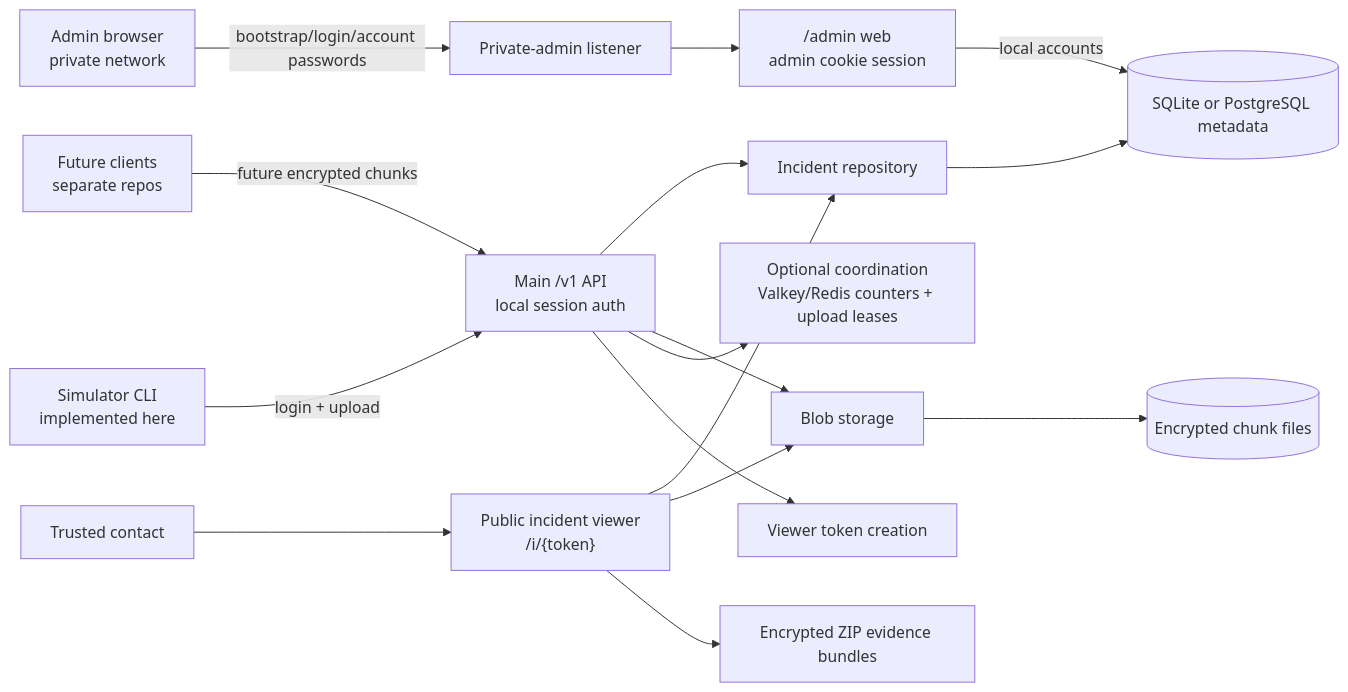
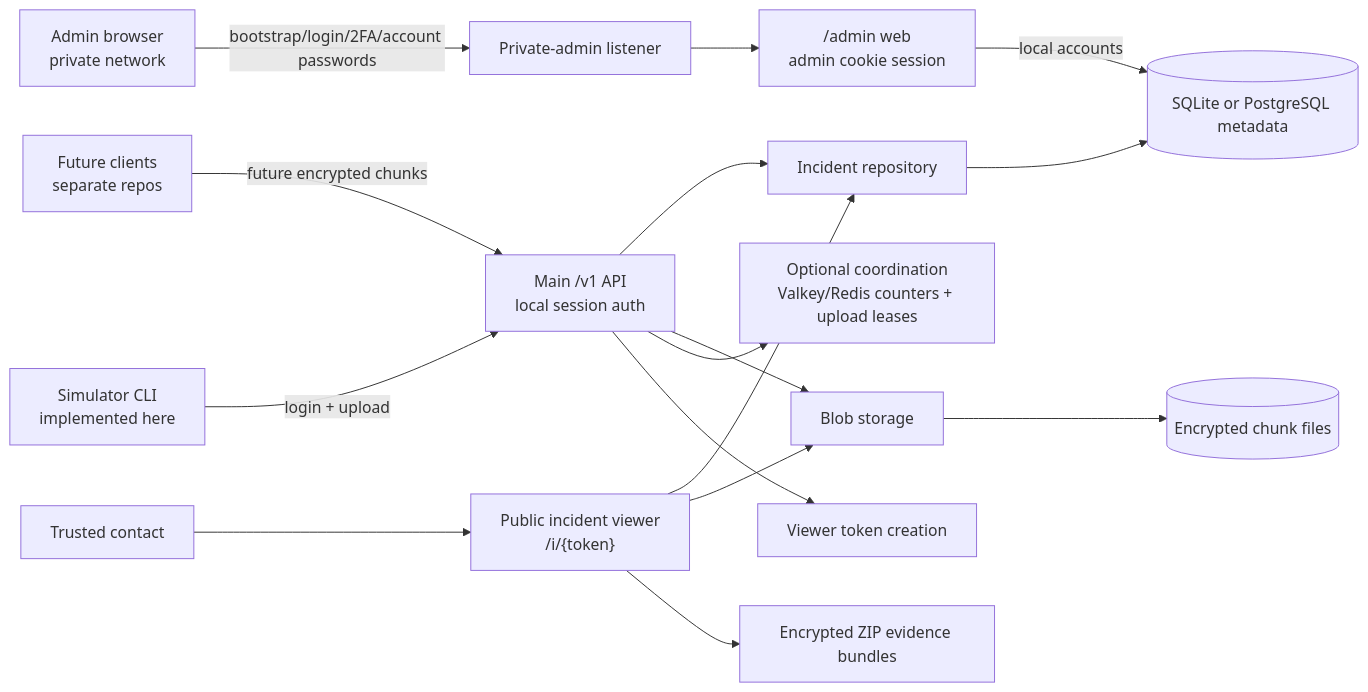
Before and after one commit to TheSilkky/safety-recorder: the first of 4 diagrams in docs/architecture.md, drawn with Mermaid. The commit also changed other lines of this file and 23 other files, not shown here.

First line of the commit message:
Require admin 2FA before operator actions

````diff
--- a/docs/architecture.md
+++ b/docs/architecture.md
@@ -62,18 +62,18 @@
 ```mermaid
 flowchart LR
     FutureClients["Future clients<br/>separate repos"] -->|"future encrypted chunks"| MainAPI["Main /v1 API<br/>local session auth"]
-    Operator["Admin browser<br/>private network"] -->|"bootstrap/login/account passwords"| AdminListener["Private-admin listener"]
+    Operator["Admin browser<br/>private network"] -->|"bootstrap/login/2FA/account passwords"| AdminListener["Private-admin listener"]
     AdminListener --> AdminWeb["/admin web<br/>admin cookie session"]
     Simulator["Simulator CLI<br/>implemented here"] -->|"login + upload"| MainAPI
     MainAPI --> Repo["Incident repository"]
     Repo --> DB[(SQLite or PostgreSQL metadata)]
     AdminWeb -->|"local accounts"| DB
     MainAPI --> Store["Blob storage"]
     Store --> Files[(Encrypted chunk files)]
     MainAPI --> Coord["Optional coordination<br/>Valkey/Redis counters + upload leases"]
     MainAPI --> Token["Viewer token creation"]
     Contact["Trusted contact"] --> Viewer["Public incident viewer<br/>/i/{token}"]
     Viewer --> Repo
     Viewer --> Store
     Viewer --> Bundle["Encrypted ZIP evidence bundles"]
 ```
````
